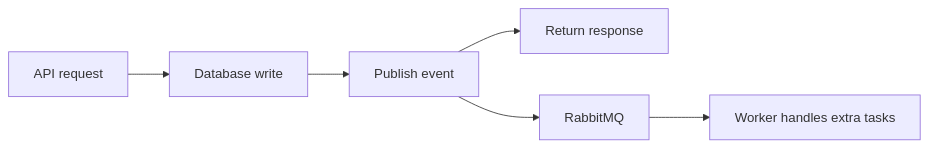
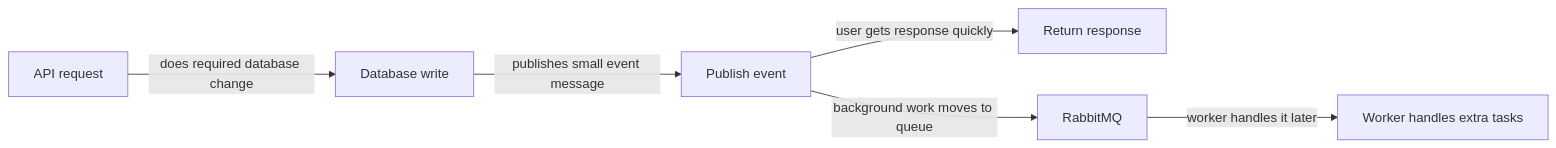
The ninth of 15 diagrams in README.md (YonatanMoshes/Rental), drawn with Mermaid before and after one commit. The commit also changed other lines of this file, not shown here.

Commit message:
Clarify README diagrams and layer explanations

````diff
--- a/README.md
+++ b/README.md
@@ -723,12 +484,15 @@
 ```mermaid
 flowchart LR
     API["API request"]
     Work1["Database write"]
     Publish["Publish event"]
     Response["Return response"]
     Queue["RabbitMQ"]
     Worker["Worker handles extra tasks"]
 
-    API --> Work1 --> Publish --> Response
-    Publish --> Queue --> Worker
+    API -->|"does required database change"| Work1
+    Work1 -->|"publishes small event message"| Publish
+    Publish -->|"user gets response quickly"| Response
+    Publish -->|"background work moves to queue"| Queue
+    Queue -->|"worker handles it later"| Worker
 ```
````
